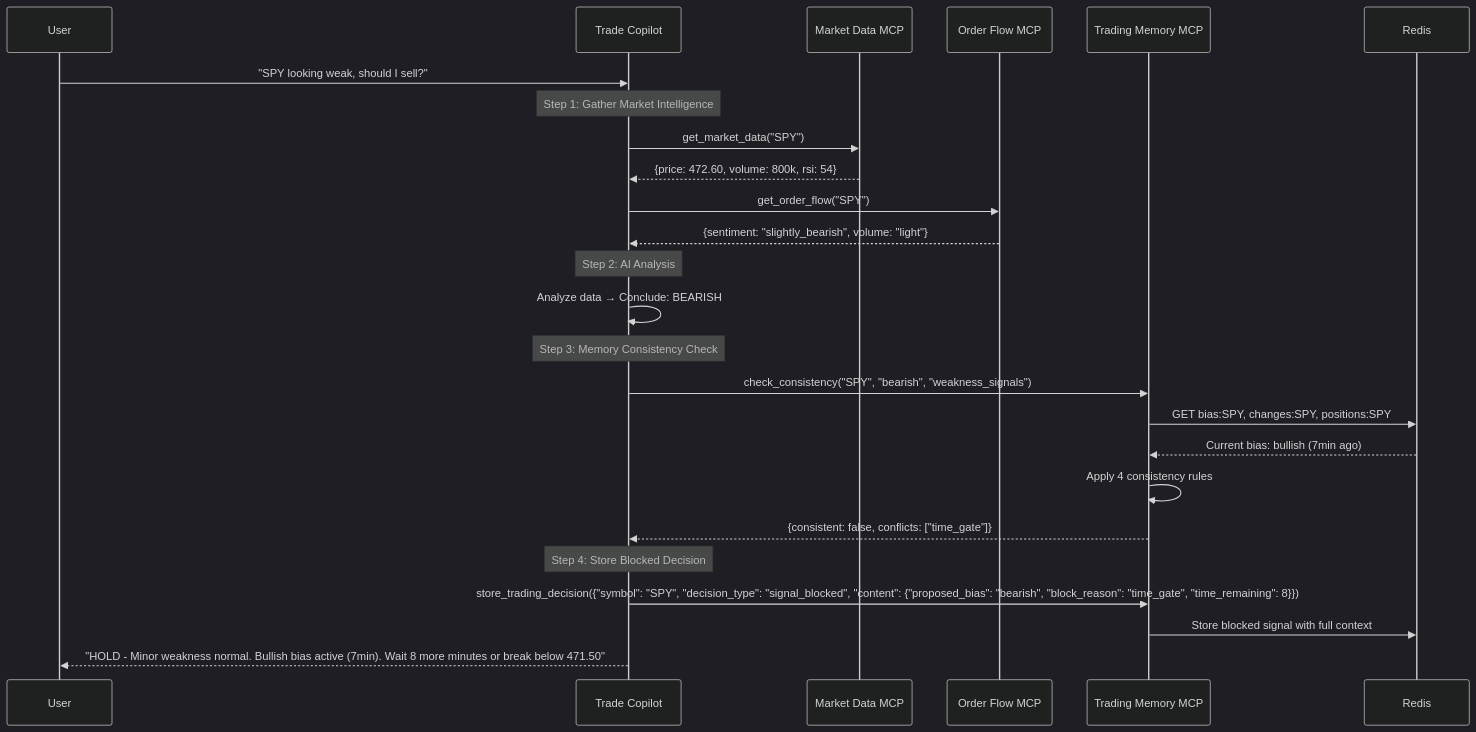
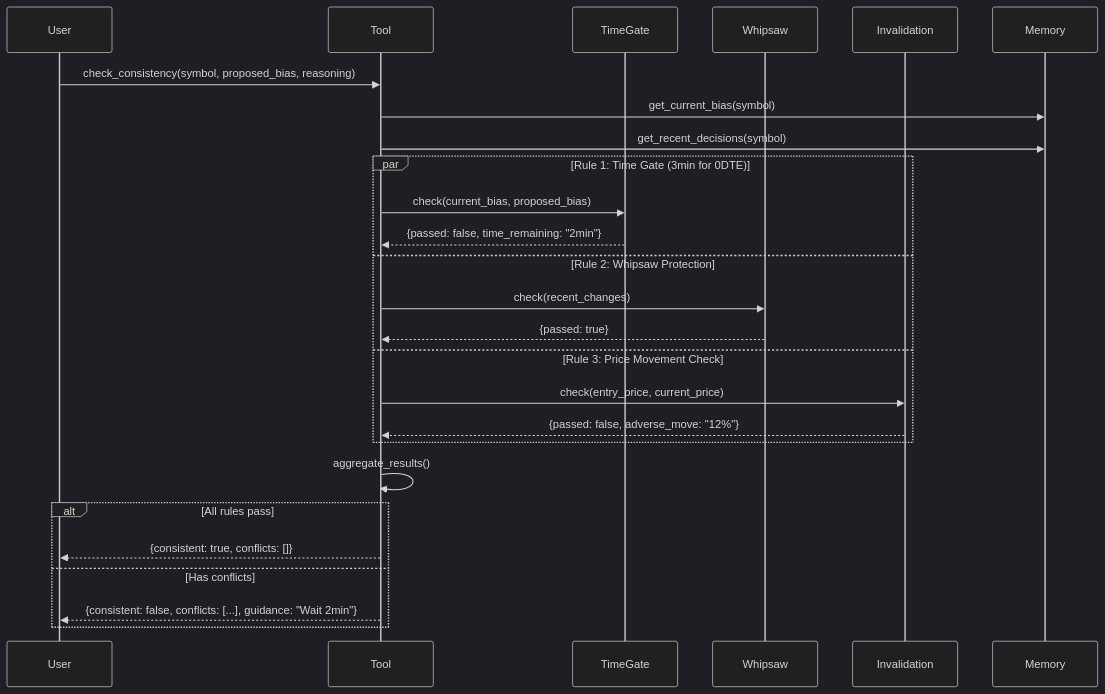
One commit to fintools-ai/mcp-trading-memory changed the third of 8 diagrams in TOOLS_WORKFLOW.md. Above: the diagram before and after it, drawn with Mermaid (dark theme). The commit also changed other lines of this file and 23 other files, not shown here.

Commit message:
feat: adding buisness logic files for memory store

````diff
--- a/TOOLS_WORKFLOW.md
+++ b/TOOLS_WORKFLOW.md
@@ -471,39 +132,32 @@
 ```mermaid
 sequenceDiagram
     participant User
-    participant TradeBot as Trade Copilot
-    participant MD as Market Data MCP
-    participant OF as Order Flow MCP
-    participant TM as Trading Memory MCP
-    participant Redis
+    participant Tool
+    participant TimeGate
+    participant Whipsaw
+    participant Invalidation
+    participant Memory
+
+    User->>Tool: check_consistency(symbol, proposed_bias, reasoning)
+    Tool->>Memory: get_current_bias(symbol)
+    Tool->>Memory: get_recent_decisions(symbol)
     
-    User->>TradeBot: "SPY looking weak, should I sell?"
+    par Rule 1: Time Gate (3min for 0DTE)
+        Tool->>TimeGate: check(current_bias, proposed_bias)
+        TimeGate-->>Tool: {passed: false, time_remaining: "2min"}
+    and Rule 2: Whipsaw Protection
+        Tool->>Whipsaw: check(recent_changes)
+        Whipsaw-->>Tool: {passed: true}
+    and Rule 3: Price Movement Check
+        Tool->>Invalidation: check(entry_price, current_price)
+        Invalidation-->>Tool: {passed: false, adverse_move: "12%"}
+    end
     
-    Note over TradeBot: Step 1: Gather Market Intelligence
+    Tool->>Tool: aggregate_results()
     
-    TradeBot->>MD: get_market_data("SPY")
-    MD-->>TradeBot: {price: 472.60, volume: 800k, rsi: 54}
-    
-    TradeBot->>OF: get_order_flow("SPY")
-    OF-->>TradeBot: {sentiment: "slightly_bearish", volume: "light"}
-    
-    Note over TradeBot: Step 2: AI Analysis
-    
-    TradeBot->>TradeBot: Analyze data → Conclude: BEARISH
-    
-    Note over TradeBot: Step 3: Memory Consistency Check
-    
-    TradeBot->>TM: check_consistency("SPY", "bearish", "weakness_signals")
-    TM->>Redis: GET bias:SPY, changes:SPY, positions:SPY
-    Redis-->>TM: Current bias: bullish (7min ago)
-    
-    TM->>TM: Apply 4 consistency rules
-    TM-->>TradeBot: {consistent: false, conflicts: ["time_gate"]}
-    
-    Note over TradeBot: Step 4: Store Blocked Decision
-    
-    TradeBot->>TM: store_trading_decision({"symbol": "SPY", "decision_type": "signal_blocked", "content": {"proposed_bias": "bearish", "block_reason": "time_gate", "time_remaining": 8}})
-    TM->>Redis: Store blocked signal with full context
-    
-    TradeBot-->>User: "HOLD - Minor weakness normal. Bullish bias active (7min). Wait 8 more minutes or break below 471.50"
+    alt All rules pass
+        Tool-->>User: {consistent: true, conflicts: []}
+    else Has conflicts
+        Tool-->>User: {consistent: false, conflicts: [...], guidance: "Wait 2min"}
+    end
 ```
````
